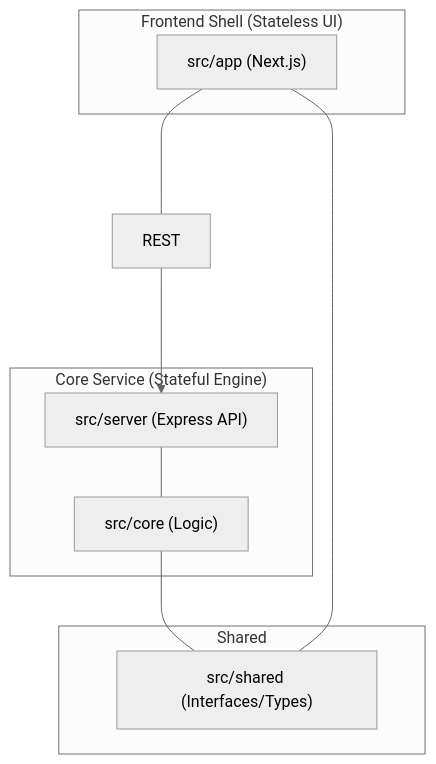
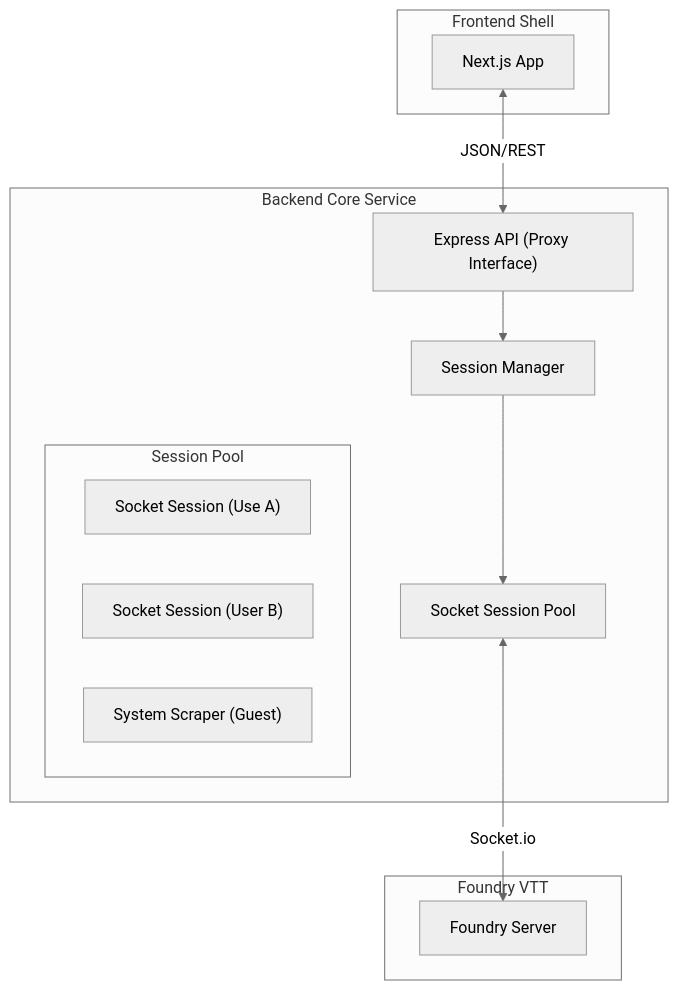
The diagram in architecture.md (juvinious/sheet-delver), drawn with Mermaid (neutral theme) before and after one commit. The commit also changed other lines of this file and 15 other files, not shown here.

````diff
--- a/architecture.md
+++ b/architecture.md
@@ -17,20 +17,28 @@
 ```mermaid
 graph TD
-    subgraph "Core Service (Stateful Engine)"
-        CORE["src/core (Logic)"]
-        SERVER["src/server (Express API)"]
+    subgraph "Backend Core Service"
+        API["Express API (Proxy Interface)"]
+        SM["Session Manager"]
+        POOL["Socket Session Pool"]
+        
+        API --> SM
+        SM --> POOL
+        
+        subgraph "Session Pool"
+            S1["Socket Session (Use A)"]
+            S2["Socket Session (User B)"]
+            SYS["System Scraper (Guest)"]
+        end
     end
 
-    subgraph "Frontend Shell (Stateless UI)"
-        APP["src/app (Next.js)"]
+    subgraph "Frontend Shell"
+        APP["Next.js App"]
+    end
+    
+    subgraph "Foundry VTT"
+        FVTT["Foundry Server"]
     end
 
-    subgraph "Shared"
-        TYPES["src/shared (Interfaces/Types)"]
-    end
-
-    APP <--- REST ---> SERVER
-    SERVER --- CORE
-    CORE --- TYPES
-    APP --- TYPES
+    APP <-- JSON/REST --> API
+    POOL <-- Socket.io --> FVTT
 ```
````
